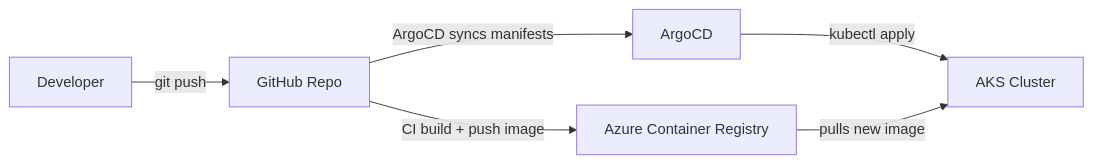
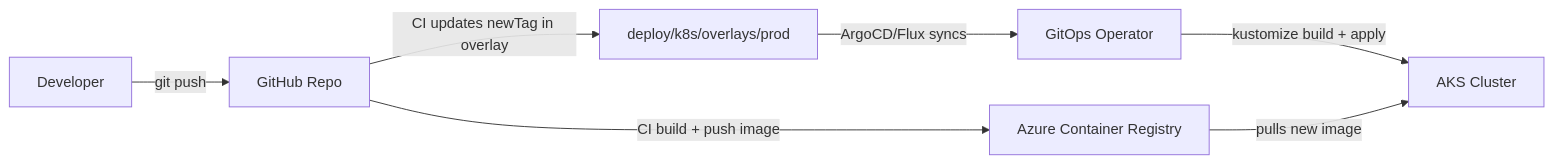
Before and after one commit to tukue/azure-dotnetservice: the second of 2 diagrams in README.md, drawn with Mermaid. The commit also changed other lines of this file and 15 other files, not shown here.

First line of the commit message:
Refactor to GitOps best practices with Kustomize overlays

````diff
--- a/README.md
+++ b/README.md
@@ -254,8 +251,9 @@
 ```mermaid
 flowchart LR
     DEV[Developer] -->|git push| GIT[GitHub Repo]
     GIT -->|CI build + push image| ACR[Azure Container Registry]
-    GIT -->|ArgoCD syncs manifests| ARGO[ArgoCD]
-    ARGO -->|kubectl apply| AKS[AKS Cluster]
+    GIT -->|CI updates newTag in overlay| OVERLAY[deploy/k8s/overlays/prod]
+    OVERLAY -->|ArgoCD/Flux syncs| OPERATOR[GitOps Operator]
+    OPERATOR -->|kustomize build + apply| AKS[AKS Cluster]
     ACR -->|pulls new image| AKS
 ```
````
